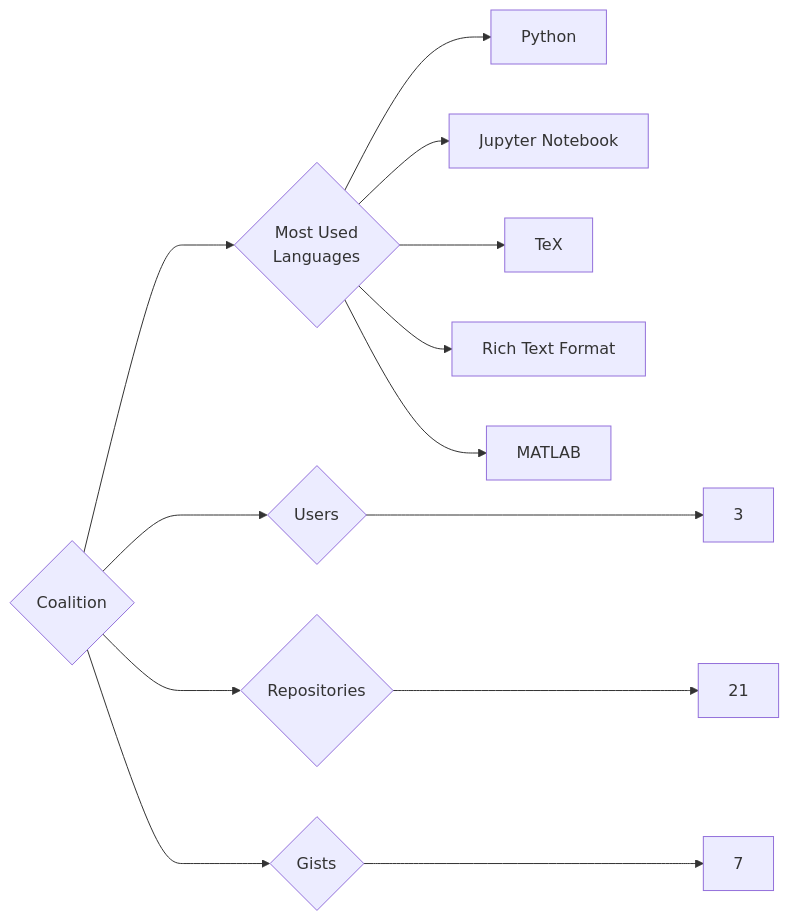
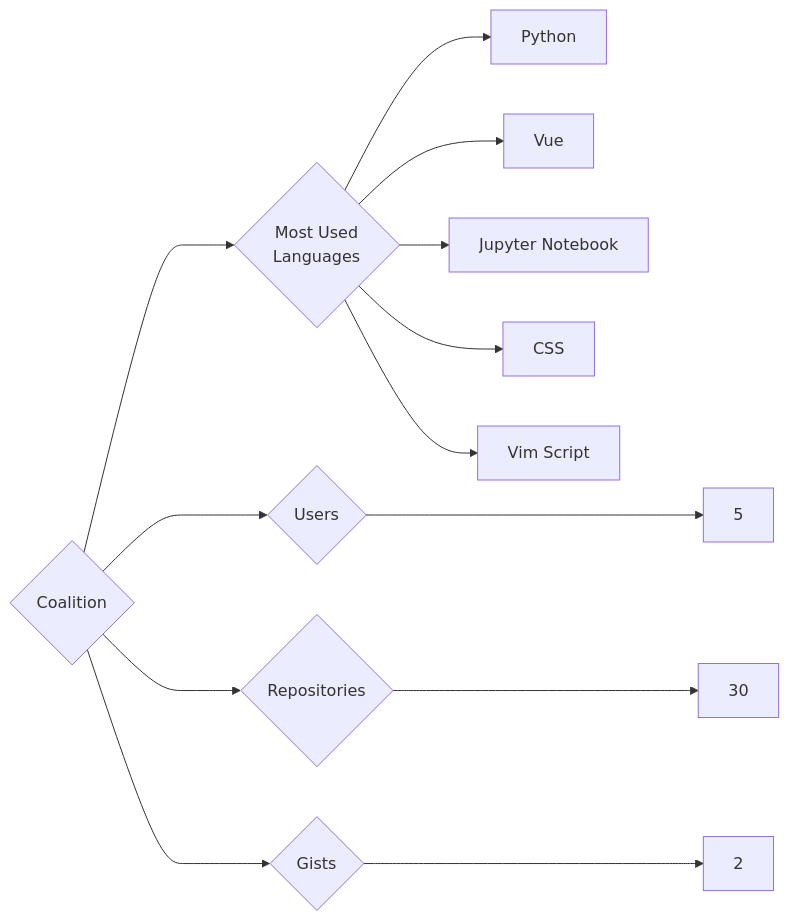
Before and after one commit to trickest/insiders: the diagram in targets/Coalition/README.md, drawn with Mermaid. The commit also changed 997 other files, not shown here.

````diff
--- a/targets/Coalition/README.md
+++ b/targets/Coalition/README.md
@@ -3,13 +3,13 @@
 ```mermaid
 graph LR
 COMPANY_NAME{Coalition}
-COMPANY_NAME ---> U{Users} ---> UN[3]
-COMPANY_NAME ---> R{Repositories} ---> RN[21]
-COMPANY_NAME ---> G{Gists} ---> GN[7]
+COMPANY_NAME ---> U{Users} ---> UN[5]
+COMPANY_NAME ---> R{Repositories} ---> RN[30]
+COMPANY_NAME ---> G{Gists} ---> GN[2]
 COMPANY_NAME ---> ML{Most Used<br>Languages}
 ML --> Python[Python]
+ML --> Vue[Vue]
 ML --> Jupyter_Notebook[Jupyter Notebook]
-ML --> TeX[TeX]
-ML --> Rich_Text_Format[Rich Text Format]
-ML --> MATLAB[MATLAB]
+ML --> CSS[CSS]
+ML --> Vim_Script[Vim Script]
 ```
````
